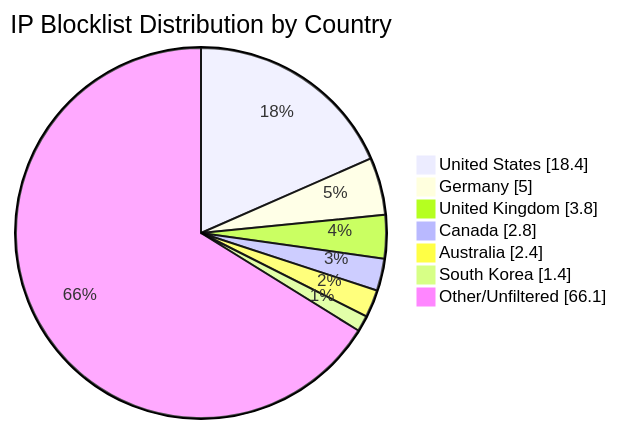
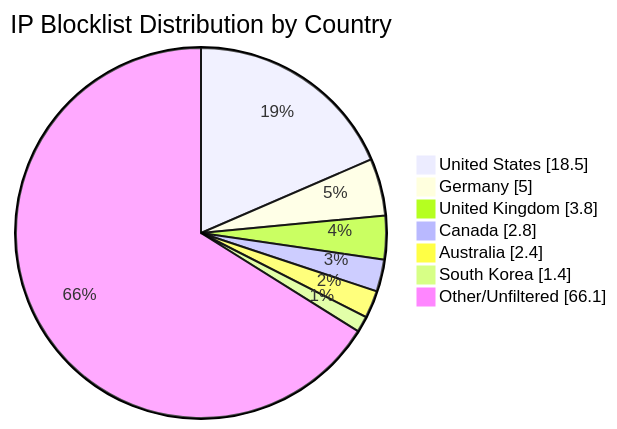
Before and after one commit to MarcusHoltz/ipblocklist-geofiltered-aggregator: the diagram in README.md, drawn with Mermaid. The commit also changed other lines of this file and 9 other files, not shown here.

````diff
--- a/README.md
+++ b/README.md
@@ -34,10 +34,10 @@
 ```mermaid
 pie showData title IP Blocklist Distribution by Country
-"United States" : 18.4
+"United States" : 18.5
 "Germany" : 5.0
 "United Kingdom" : 3.8
 "Canada" : 2.8
 "Australia" : 2.4
 "South Korea" : 1.4
 "Other/Unfiltered" : 66.1
 ```
````
